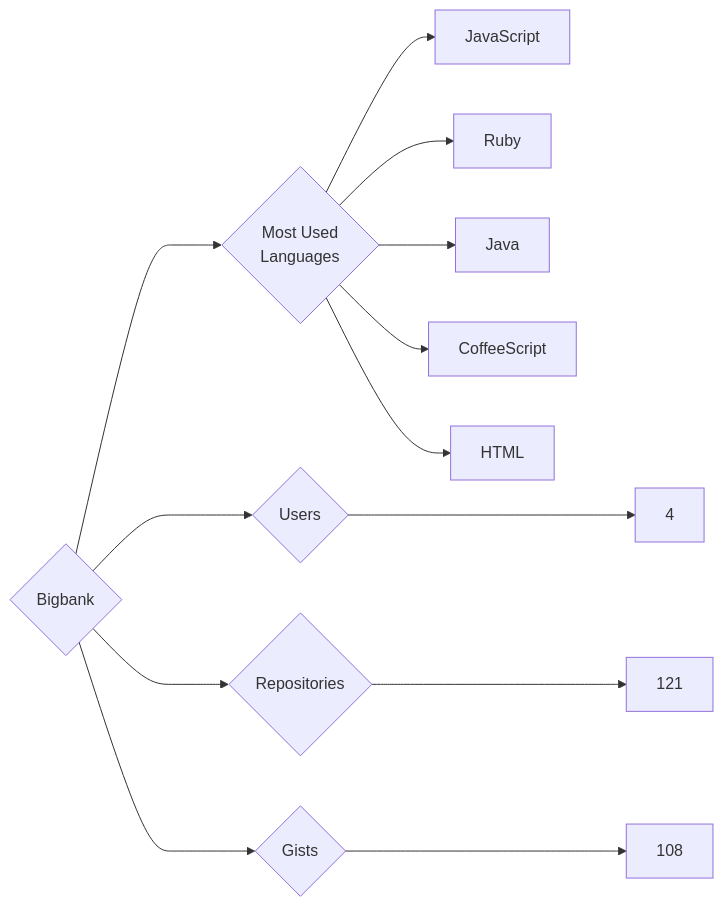
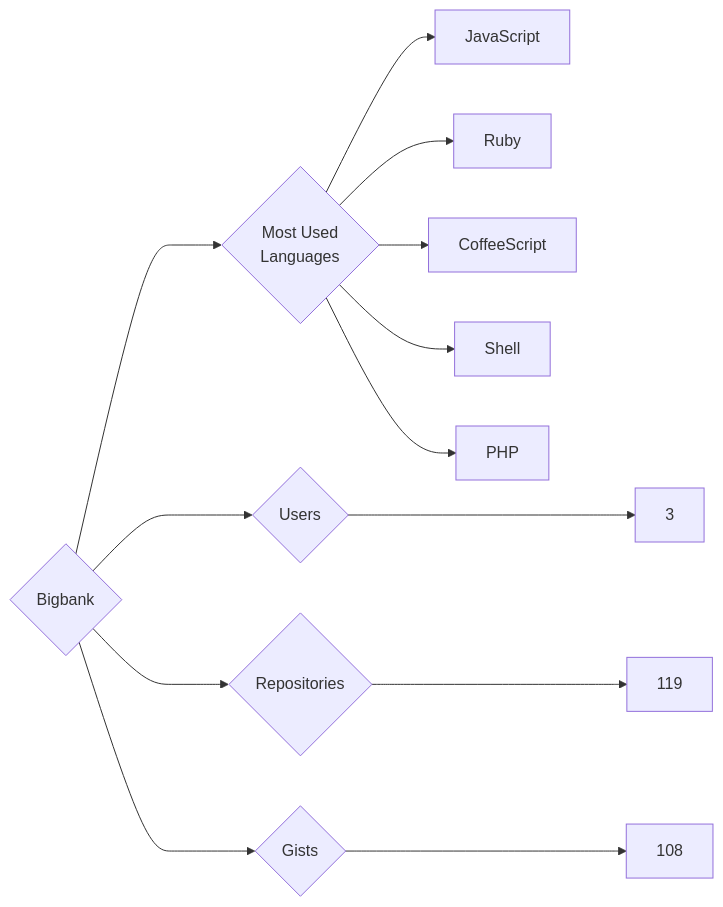
Before and after one commit to trickest/insiders: the diagram in targets/Bigbank/README.md, drawn with Mermaid. The commit also changed 951 other files, not shown here.

````diff
--- a/targets/Bigbank/README.md
+++ b/targets/Bigbank/README.md
@@ -3,13 +3,13 @@
 ```mermaid
 graph LR
 COMPANY_NAME{Bigbank}
-COMPANY_NAME ---> U{Users} ---> UN[4]
-COMPANY_NAME ---> R{Repositories} ---> RN[121]
+COMPANY_NAME ---> U{Users} ---> UN[3]
+COMPANY_NAME ---> R{Repositories} ---> RN[119]
 COMPANY_NAME ---> G{Gists} ---> GN[108]
 COMPANY_NAME ---> ML{Most Used<br>Languages}
-ML --> JavaScript
-ML --> Ruby
-ML --> Java
-ML --> CoffeeScript
-ML --> HTML
+ML --> JavaScript[JavaScript]
+ML --> Ruby[Ruby]
+ML --> CoffeeScript[CoffeeScript]
+ML --> Shell[Shell]
+ML --> PHP[PHP]
 ```
````
